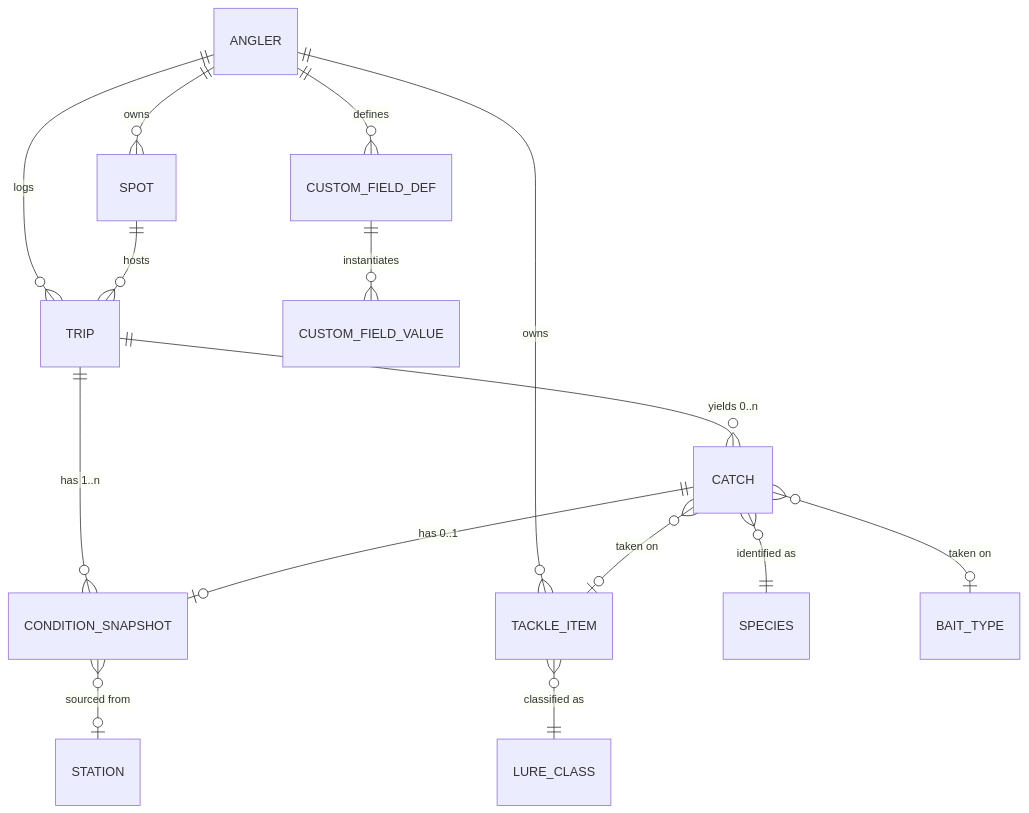
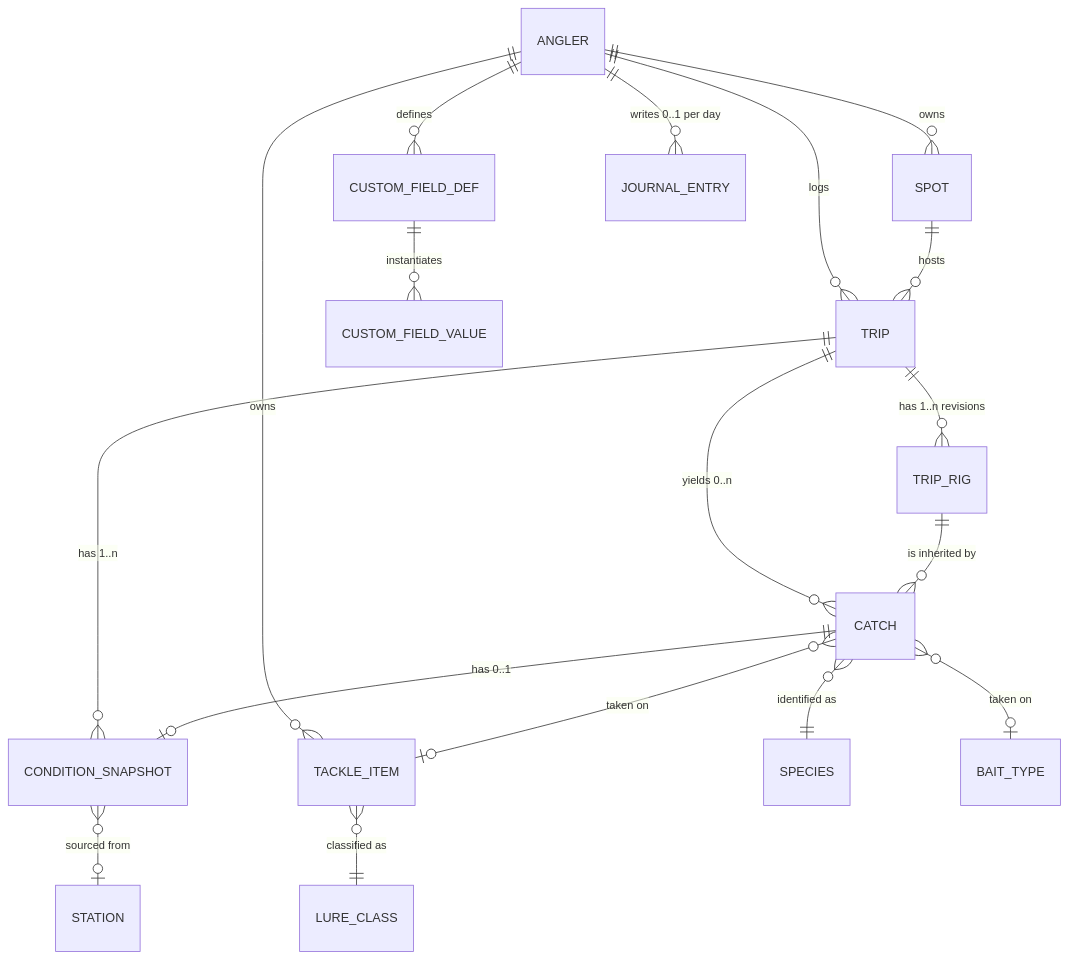
One commit to Etdev2/Fish_Log_Book changed the first of 2 diagrams in docs/architecture/ontology.md. Above: the diagram before and after it, drawn with Mermaid. The commit also changed other lines of this file and 9 other files, not shown here.

First line of the commit message:
Model the calendar, notebook, quick mark and backfill; write the V1 schema

````diff
--- a/docs/architecture/ontology.md
+++ b/docs/architecture/ontology.md
@@ -21,17 +22,20 @@
 ```mermaid
 erDiagram
     ANGLER ||--o{ SPOT : "owns"
     ANGLER ||--o{ TRIP : "logs"
     ANGLER ||--o{ TACKLE_ITEM : "owns"
     ANGLER ||--o{ CUSTOM_FIELD_DEF : "defines"
+    ANGLER ||--o{ JOURNAL_ENTRY : "writes 0..1 per day"
     SPOT ||--o{ TRIP : "hosts"
     TRIP ||--o{ CATCH : "yields 0..n"
     TRIP ||--o{ CONDITION_SNAPSHOT : "has 1..n"
+    TRIP ||--o{ TRIP_RIG : "has 1..n revisions"
+    TRIP_RIG ||--o{ CATCH : "is inherited by"
     CATCH ||--o| CONDITION_SNAPSHOT : "has 0..1"
     CATCH }o--|| SPECIES : "identified as"
     CATCH }o--o| TACKLE_ITEM : "taken on"
     TACKLE_ITEM }o--|| LURE_CLASS : "classified as"
     CATCH }o--o| BAIT_TYPE : "taken on"
     CONDITION_SNAPSHOT }o--o| STATION : "sourced from"
     CUSTOM_FIELD_DEF ||--o{ CUSTOM_FIELD_VALUE : "instantiates"
 ```
````
